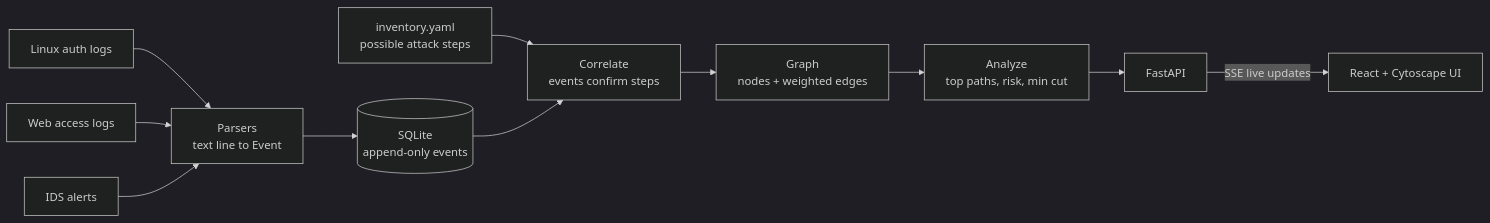
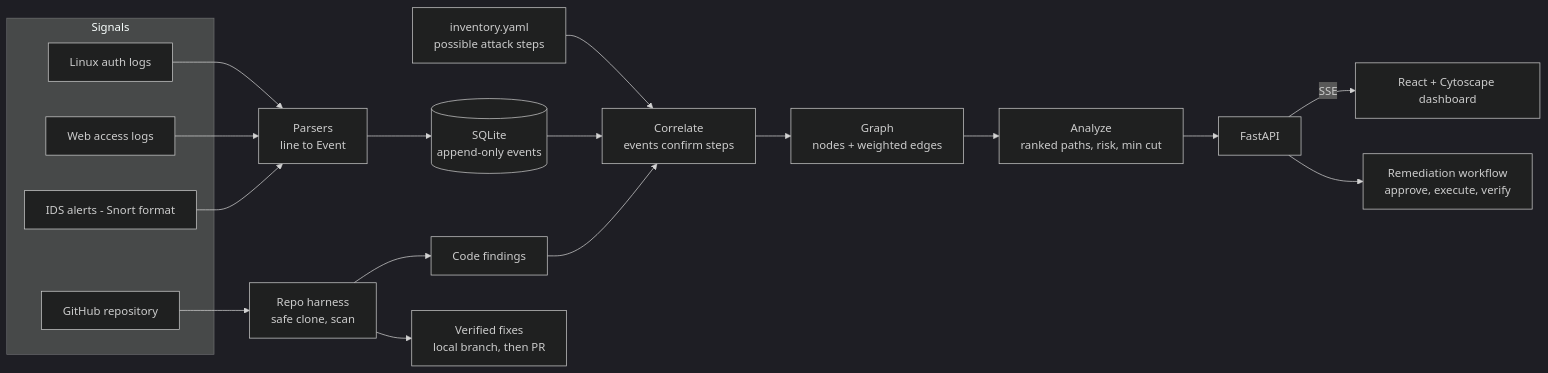
The first of 8 diagrams in HOW_IT_WORKS.md (Datum-Collective/Paladin), drawn with Mermaid (dark theme) before and after one commit. The commit also changed other lines of this file, not shown here.

Commit message:
Update HOW_IT_WORKS with remediation lifecycle, repo harness, empty-state and objectives

````diff
--- a/HOW_IT_WORKS.md
+++ b/HOW_IT_WORKS.md
@@ -8,13 +8,22 @@
 ```mermaid
 flowchart LR
-    L1[Linux auth logs] --> P
-    L2[Web access logs] --> P
-    L3[IDS alerts] --> P
-    P[Parsers<br/>text line to Event] --> S[(SQLite<br/>append-only events)]
+    subgraph Signals
+      L1[Linux auth logs]
+      L2[Web access logs]
+      L3[IDS alerts - Snort format]
+      R[GitHub repository]
+    end
+    L1 & L2 & L3 --> P[Parsers<br/>line to Event]
+    P --> S[(SQLite<br/>append-only events)]
+    R --> H[Repo harness<br/>safe clone, scan]
+    H --> CF[Code findings]
     INV[inventory.yaml<br/>possible attack steps] --> C
     S --> C[Correlate<br/>events confirm steps]
+    CF --> C
     C --> G[Graph<br/>nodes + weighted edges]
-    G --> A[Analyze<br/>top paths, risk, min cut]
+    G --> A[Analyze<br/>ranked paths, risk, min cut]
     A --> API[FastAPI]
-    API -- SSE live updates --> UI[React + Cytoscape UI]
+    API -- SSE --> UI[React + Cytoscape dashboard]
+    API --> RW[Remediation workflow<br/>approve, execute, verify]
+    H --> PR[Verified fixes<br/>local branch, then PR]
 ```
````
